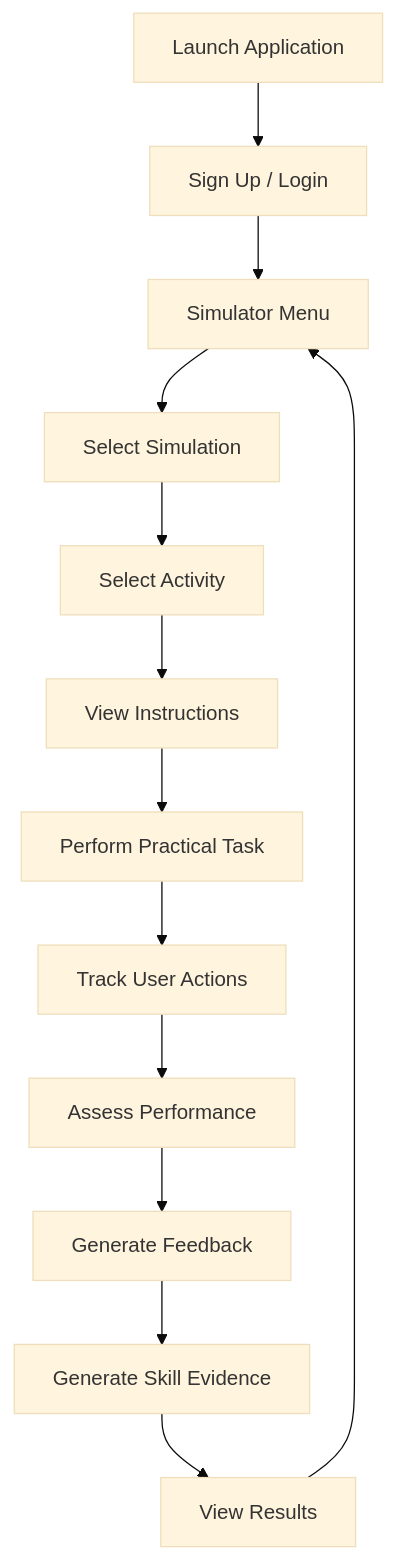
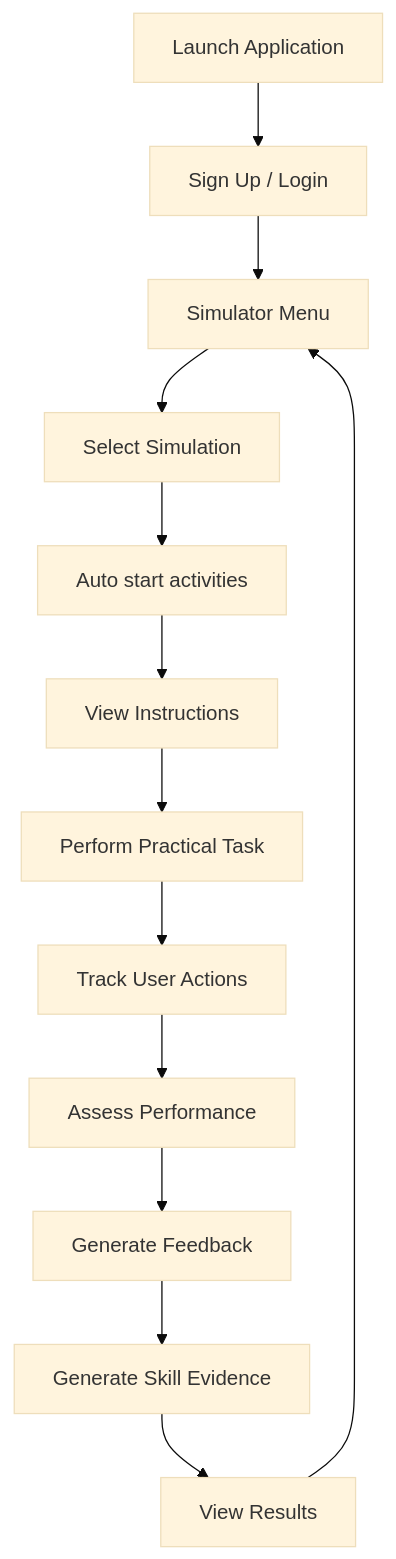
The first of 2 diagrams in README.md (Wakhi-Ken/Skill-Proof-An-Immersive-Simulation-Platform-for-Demonstrating-Assessing-Practical-Skills-Competency), drawn with Mermaid (base theme) before and after one commit.

Commit message:
Update flowchart to reflect auto start activities

````diff
--- a/README.md
+++ b/README.md
@@ -107,15 +107,15 @@
 ```mermaid
 flowchart TD
     A[Launch Application] --> B[Sign Up / Login]
     B --> C[Simulator Menu]
     C --> D[Select Simulation]
-    D --> E[Select Activity]
+    D --> E[Auto start activities]
     E --> F[View Instructions]
     F --> G[Perform Practical Task]
     G --> H[Track User Actions]
     H --> I[Assess Performance]
     I --> J[Generate Feedback]
     J --> K[Generate Skill Evidence]
     K --> L[View Results]
     L --> C
 ```
````
